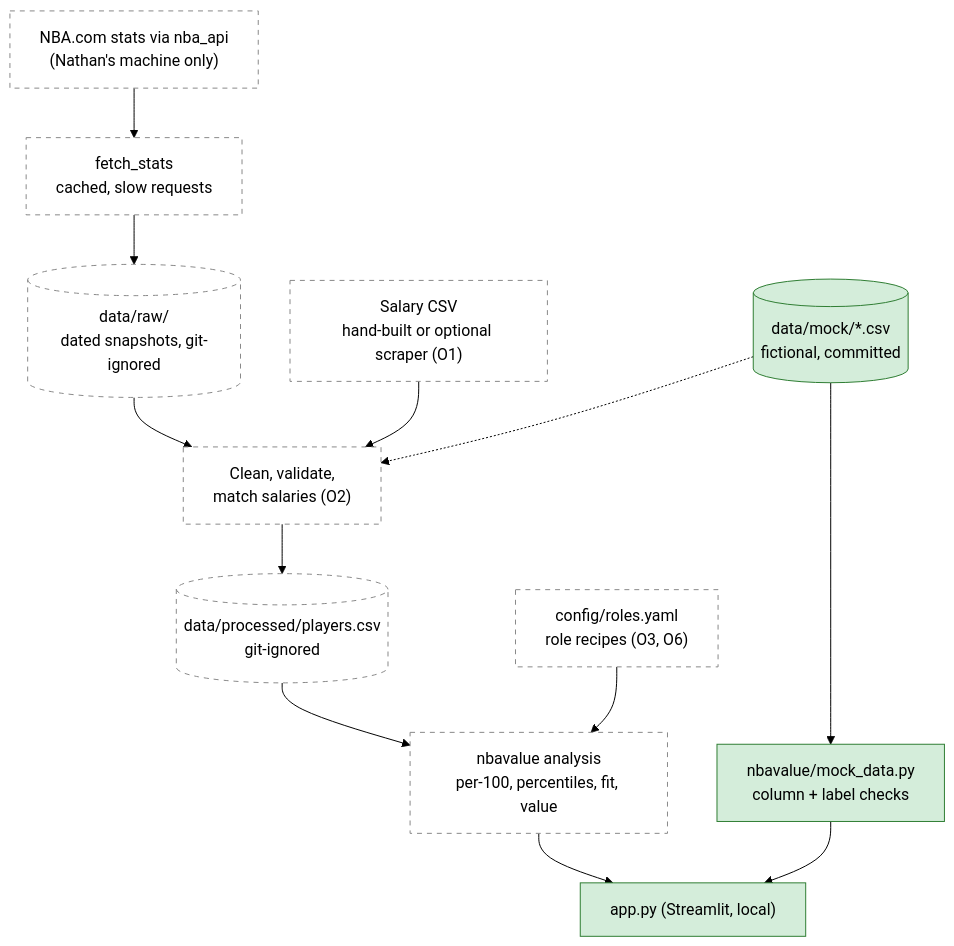
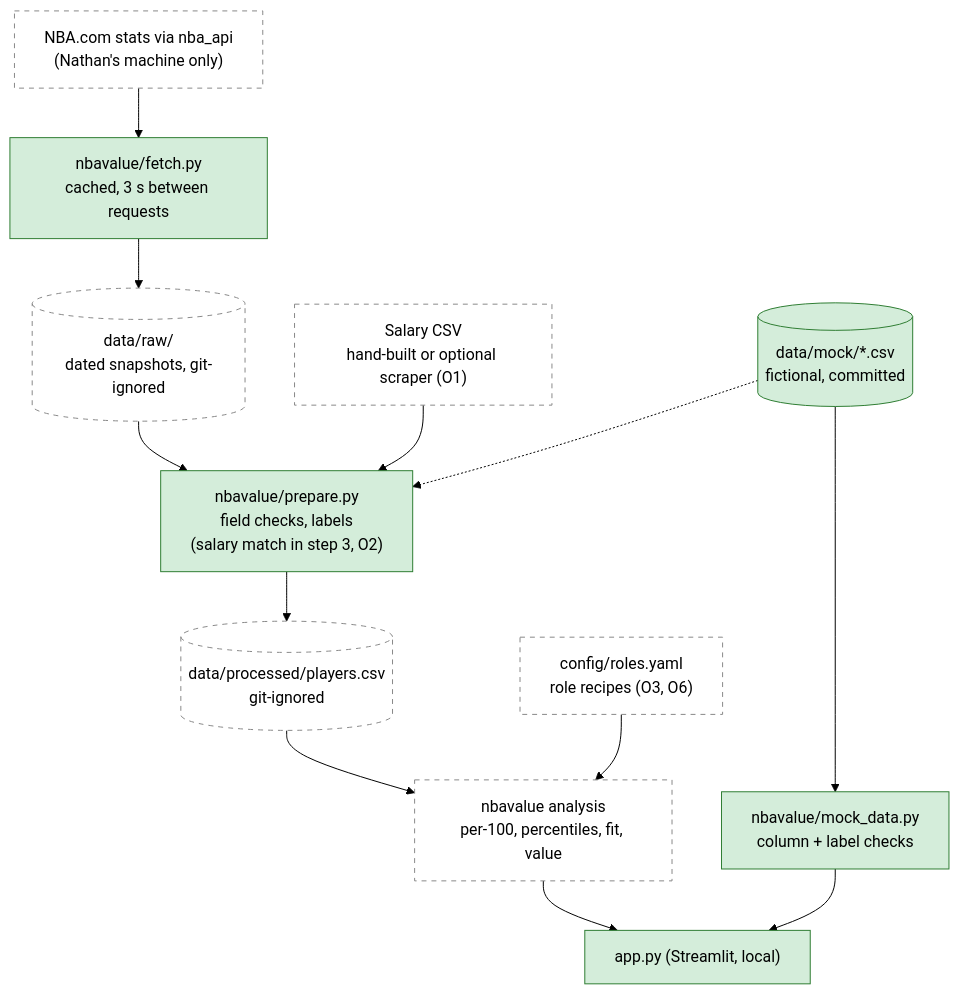
Before and after one commit to nathanZKL/EPL-Transfer-Analyzer: the diagram in docs/architecture.md, drawn with Mermaid (forest theme). The commit also changed other lines of this file and 13 other files, not shown here.

First line of the commit message:
Add cached NBA.com fetch and prepare step (MVP step 2)

````diff
--- a/docs/architecture.md
+++ b/docs/architecture.md
@@ -41,26 +45,26 @@
 ```mermaid
 flowchart TD
   NBA["NBA.com stats via nba_api<br/>(Nathan's machine only)"]
   SAL["Salary CSV<br/>hand-built or optional scraper (O1)"]
-  FS["fetch_stats<br/>cached, slow requests"]
+  FS["nbavalue/fetch.py<br/>cached, 3 s between requests"]
   RAW[("data/raw/<br/>dated snapshots, git-ignored")]
   MOCK[("data/mock/*.csv<br/>fictional, committed")]
   LOAD["nbavalue/mock_data.py<br/>column + label checks"]
-  PREP["Clean, validate,<br/>match salaries (O2)"]
+  PREP["nbavalue/prepare.py<br/>field checks, labels<br/>(salary match in step 3, O2)"]
   TABLE[("data/processed/players.csv<br/>git-ignored")]
   ROLES["config/roles.yaml<br/>role recipes (O3, O6)"]
   ANA["nbavalue analysis<br/>per-100, percentiles, fit, value"]
   APP["app.py (Streamlit, local)"]
 
   NBA --> FS --> RAW --> PREP
   SAL --> PREP
   PREP --> TABLE --> ANA --> APP
   ROLES --> ANA
   MOCK --> LOAD --> APP
   MOCK -.-> PREP
 
   classDef built fill:#d4edda,stroke:#2e7d32,color:#000
   classDef planned fill:#fff,stroke:#888,stroke-dasharray:5 5,color:#000
-  class MOCK,LOAD,APP built
-  class NBA,SAL,FS,RAW,PREP,TABLE,ROLES,ANA planned
+  class MOCK,LOAD,APP,FS,PREP built
+  class NBA,SAL,RAW,TABLE,ROLES,ANA planned
 ```
````
